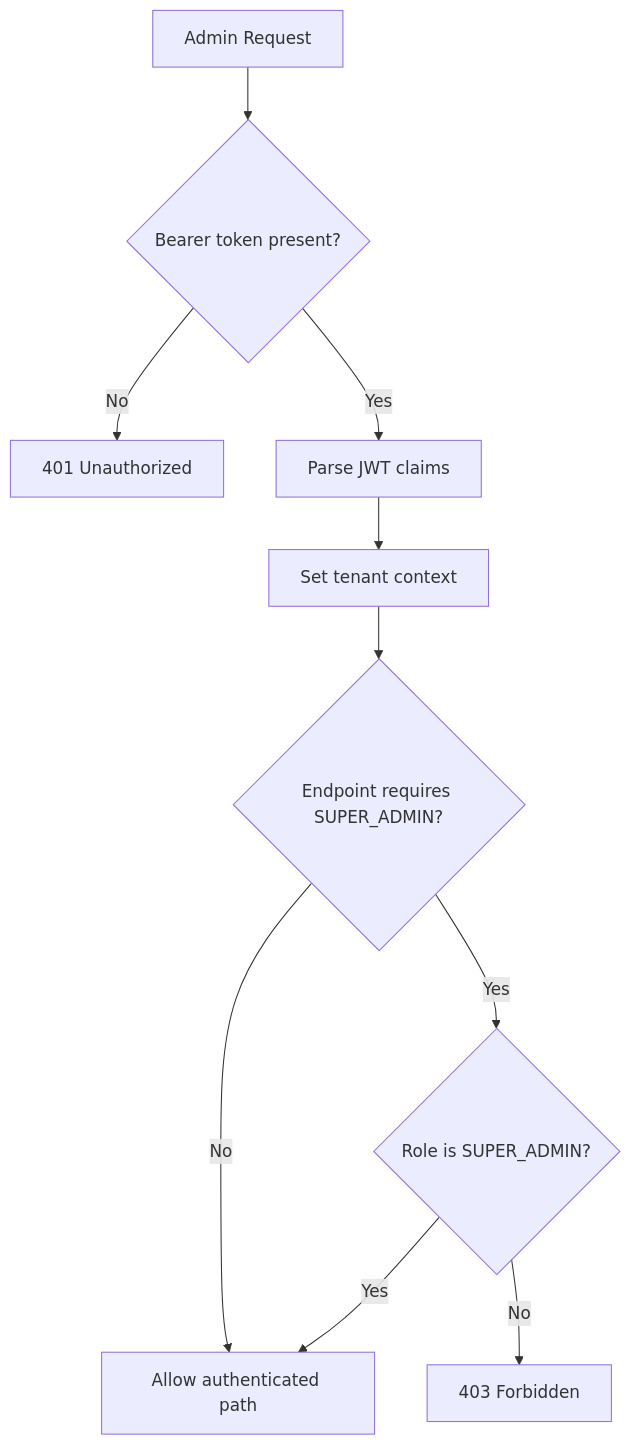
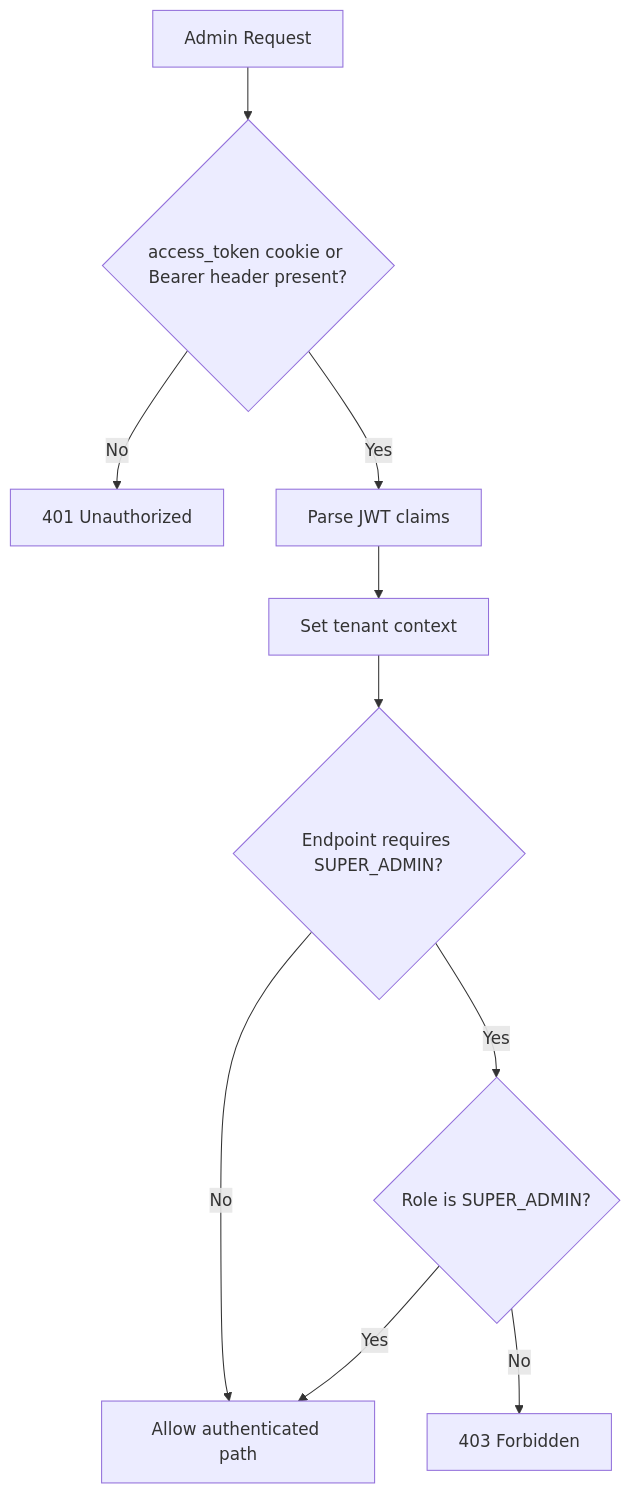
The third of 18 diagrams in docs/mvp/architecture-flow.md (MuhibNayem/Survey-Engine), drawn with Mermaid before and after one commit. The commit also changed other lines of this file and 90 other files, not shown here.

Commit message:
feat: Implement initial frontend structure with new UI components, authentication flows, and supporting backend services and database migration.

````diff
--- a/docs/mvp/architecture-flow.md
+++ b/docs/mvp/architecture-flow.md
@@ -199,12 +199,12 @@
 ```mermaid
 flowchart TD
-  A[Admin Request] --> B{Bearer token present?}
+  A[Admin Request] --> B{"access_token cookie or Bearer header present?"}
   B -->|No| X1[401 Unauthorized]
   B -->|Yes| C[Parse JWT claims]
   C --> D[Set tenant context]
   D --> E{Endpoint requires SUPER_ADMIN?}
   E -->|No| G[Allow authenticated path]
   E -->|Yes| F{Role is SUPER_ADMIN?}
   F -->|Yes| G
   F -->|No| X2[403 Forbidden]
 ```
````
